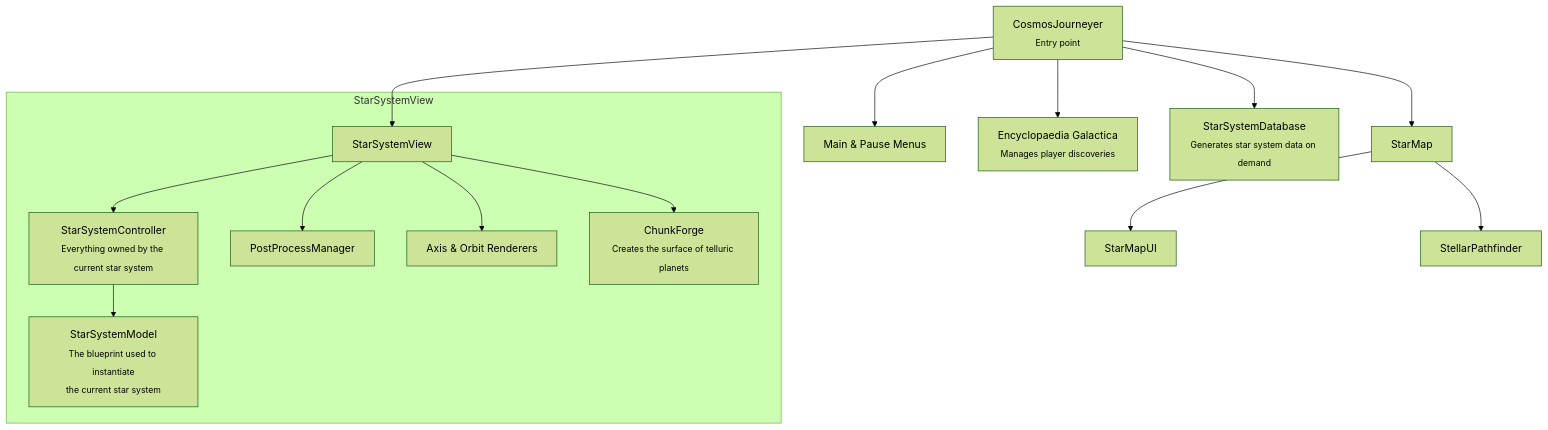
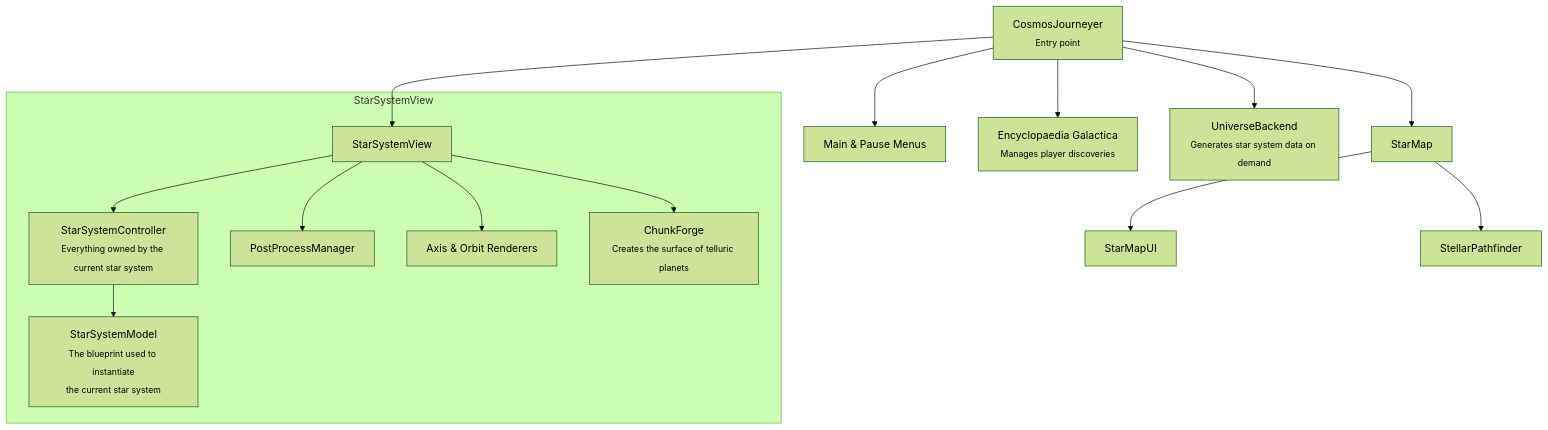
One commit to BarthPaleologue/CosmosJourneyer changed the first of 2 diagrams in ARCHITECTURE.md. Above: the diagram before and after it, drawn with Mermaid (forest theme). The commit also changed other lines of this file and 65 other files, not shown here.

Commit message:
Rename star system database variables

````diff
--- a/ARCHITECTURE.md
+++ b/ARCHITECTURE.md
@@ -13,26 +13,26 @@
 ```mermaid
 graph TD
     A[CosmosJourneyer<br><sub>Entry point</sub>] --> B[StarMap]
     A --> C[Main & Pause Menus]
     A --> EG[Encyclopaedia Galactica<br><sub>Manages player discoveries</sub>]
-    A --> SSDB[StarSystemDatabase<br><sub>Generates star system data on demand</sub>]
+    A --> SSDB[UniverseBackend<br><sub>Generates star system data on demand</sub>]
     A --> D[StarSystemView]
 
     B --> J[StarMapUI]
     B --> K[StellarPathfinder]
 
     subgraph StarSystemView
 
         D --> E[StarSystemController<br><sub>Everything owned by the current star system</sub>]
         D --> F[PostProcessManager]
         D --> G[Axis & Orbit Renderers]
         D --> H[ChunkForge<br><sub>Creates the surface of telluric planets</sub>]
 
         E --> I[StarSystemModel<br><sub>The blueprint used to instantiate<br>the current star system</sub>]
 
     end
 
     %% Styling for annotation text
     classDef subtext font-size:10px, fill:#f9f, stroke-width:0px;
 
 ```
````
